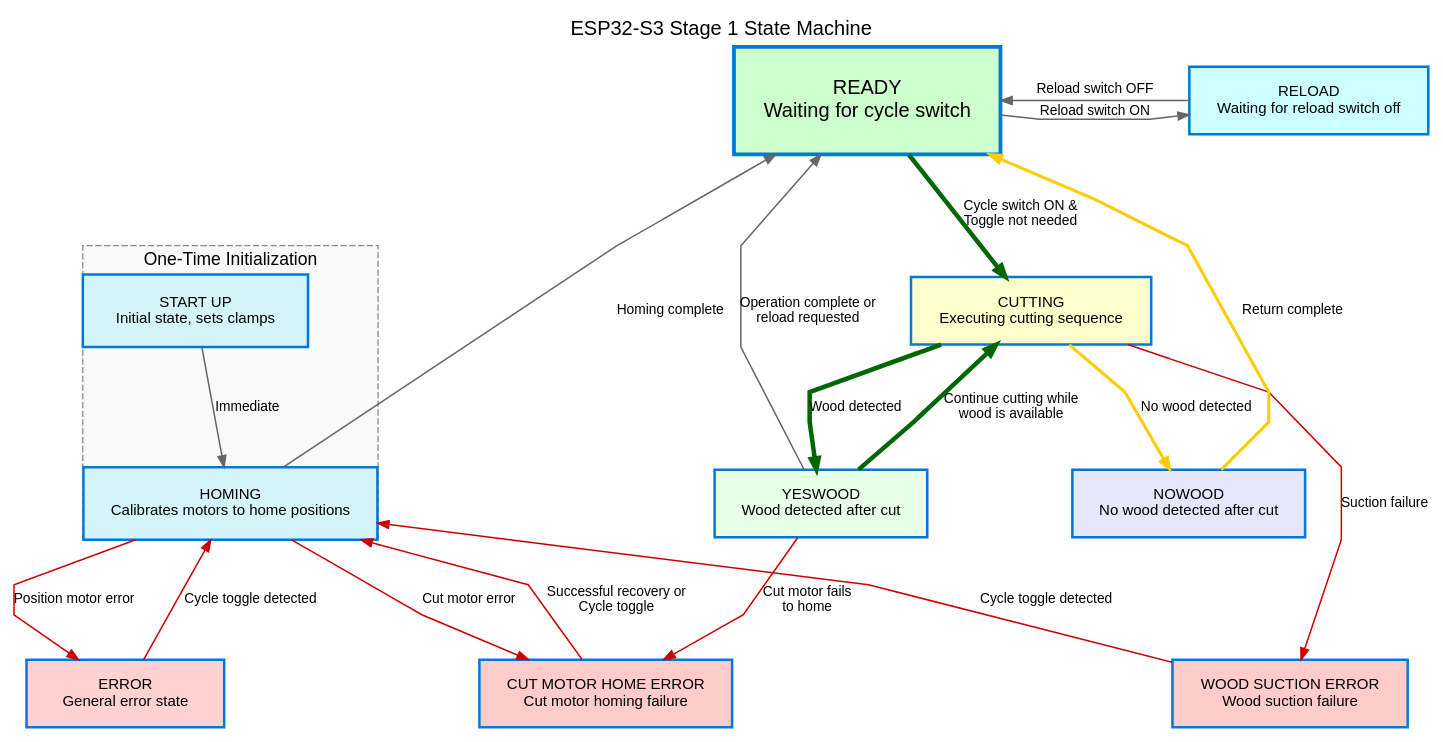
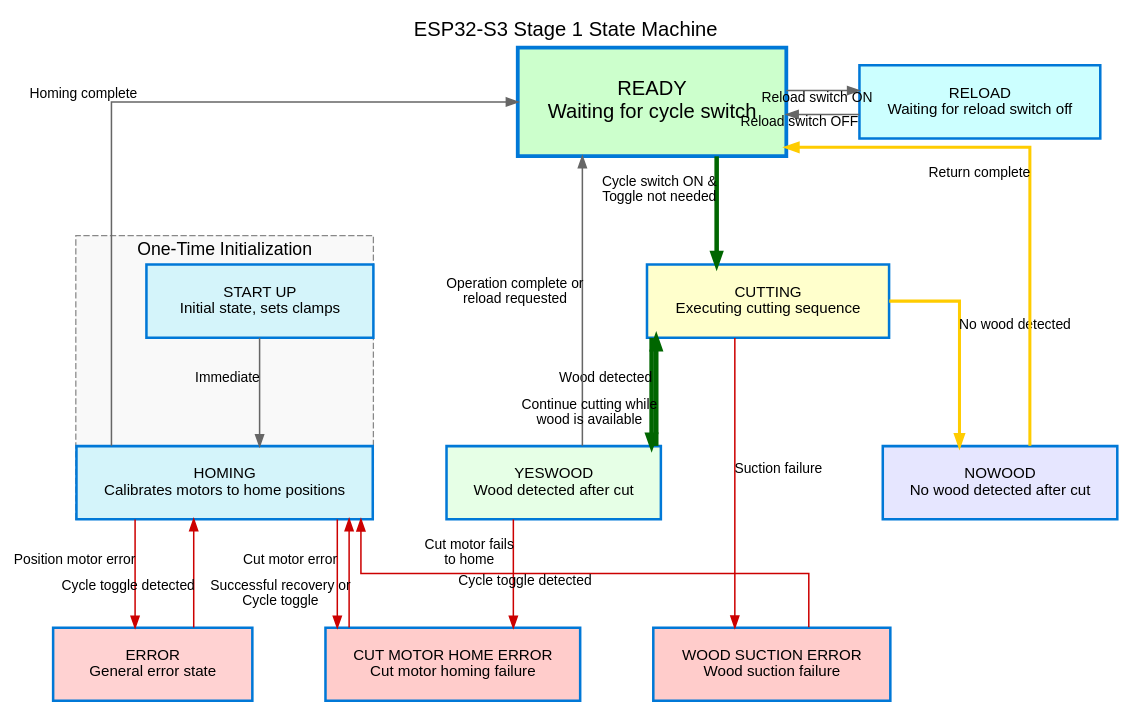
The diagram in flowcharts/state_machine.dot (akivaweil/Stage-1-Mar25), drawn with Graphviz before and after one commit. The commit also changed 1 other file, not shown here.

Commit message:
Update flowchart: implement true orthogonal 90-degree routing with cleaner edge labels

```diff
--- a/flowcharts/state_machine.dot
+++ b/flowcharts/state_machine.dot
@@ -1,90 +1,92 @@
 digraph StateMachine {
     // Basic graph settings for layout
     graph [
         rankdir = TB,         // Top to bottom layout
         fontname = "Arial",
         fontsize = 16,
         nodesep = 0.8,
-        ranksep = 1.0,
-        splines = "polyline", // Forces straight line segments with sharp turns
-        margin = 0.5          // Add some margin to prevent cutoff
+        ranksep = 1.2,
+        splines = ortho,      // Force orthogonal lines with clean 90-degree turns
+        margin = 0.5,         // Add some margin to prevent cutoff
+        compound = true       // Allow edges between clusters
     ];
     
     // Node styling
     node [
         shape = box,
         style = "filled",
         fontname = "Arial",
         fontsize = 12,
         fillcolor = "#E0F4FF",
         color = "#0078D7",
         penwidth = 2.0,
-        margin = "0.3,0.2"    // Add internal margin to prevent text cutoff
+        margin = "0.3,0.2",   // Add internal margin to prevent text cutoff
+        height = 0.8          // Fixed height for consistency
     ];
     
     // Edge styling 
     edge [
         fontname = "Arial",
         fontsize = 11,
         color = "#666666",
         penwidth = 1.2,
         arrowsize = 0.9
     ];
     
     // Title
     labelloc = "t";
     label = "ESP32-S3 Stage 1 State Machine";
     
     // State nodes with descriptive labels
-    START_UP [label="START UP\nInitial state, sets clamps", fillcolor="#D4F4FA", height=0.8, width=2.5];
-    HOMING [label="HOMING\nCalibrates motors to home positions", fillcolor="#D4F4FA", height=0.8, width=2.5];
+    START_UP [label="START UP\nInitial state, sets clamps", fillcolor="#D4F4FA", width=2.5];
+    HOMING [label="HOMING\nCalibrates motors to home positions", fillcolor="#D4F4FA", width=2.5];
     READY [label="READY\nWaiting for cycle switch", fillcolor="#CCFFCC", fontsize=16, width=2.0, height=1.2, penwidth=3.0];
     RELOAD [label="RELOAD\nWaiting for reload switch off", fillcolor="#CCFFFF", width=2.2];
     CUTTING [label="CUTTING\nExecuting cutting sequence", fillcolor="#FFFFCC", width=2.2];
     YESWOOD [label="YESWOOD\nWood detected after cut", fillcolor="#E6FFE6", width=2.2];
     NOWOOD [label="NOWOOD\nNo wood detected after cut", fillcolor="#E6E6FF", width=2.2];
     ERROR [label="ERROR\nGeneral error state", fillcolor="#FFD2D2", width=2.2];
     WOOD_SUCTION_ERROR [label="WOOD SUCTION ERROR\nWood suction failure", fillcolor="#FFCCCB", width=2.5];
     CUT_MOTOR_HOME_ERROR [label="CUT MOTOR HOME ERROR\nCut motor homing failure", fillcolor="#FFCCCB", width=2.5];
     
     // Define initialization section
     subgraph cluster_init {
         label = "One-Time Initialization";
         style = "dashed";
         color = "#888888";
         fontsize = 14;
         bgcolor = "#F9F9F9";
         START_UP; HOMING;
     }
     
     // Transition edges
-    START_UP -> HOMING [label="Immediate"];
+    START_UP -> HOMING [xlabel="Immediate"];
     
-    HOMING -> READY [label="Homing complete"];
-    HOMING -> ERROR [label="Position motor error", color="#CC0000"];
-    HOMING -> CUT_MOTOR_HOME_ERROR [label="Cut motor error", color="#CC0000"];
+    HOMING -> READY [xlabel="Homing complete"];
+    HOMING -> ERROR [xlabel="Position motor error", color="#CC0000"];
+    HOMING -> CUT_MOTOR_HOME_ERROR [xlabel="Cut motor error", color="#CC0000"];
     
-    READY -> RELOAD [label="Reload switch ON"];
-    READY -> CUTTING [label="Cycle switch ON &\nToggle not needed", color="#006600", penwidth=3.6];
+    READY -> RELOAD [xlabel="Reload switch ON"];
+    READY -> CUTTING [xlabel="Cycle switch ON &\nToggle not needed", color="#006600", penwidth=3.6];
     
-    RELOAD -> READY [label="Reload switch OFF"];
+    RELOAD -> READY [xlabel="Reload switch OFF"];
     
-    CUTTING -> YESWOOD [label="Wood detected", color="#006600", penwidth=3.6];
-    CUTTING -> NOWOOD [label="No wood detected", color="#FFCC00", penwidth=2.4];
-    CUTTING -> WOOD_SUCTION_ERROR [label="Suction failure", color="#CC0000"];
+    CUTTING -> YESWOOD [xlabel="Wood detected", color="#006600", penwidth=3.6];
+    CUTTING -> NOWOOD [xlabel="No wood detected", color="#FFCC00", penwidth=2.4];
+    CUTTING -> WOOD_SUCTION_ERROR [xlabel="Suction failure", color="#CC0000"];
     
-    YESWOOD -> READY [label="Operation complete or\nreload requested"];
-    YESWOOD -> CUTTING [label="Continue cutting while\nwood is available", color="#006600", penwidth=3.6];
-    YESWOOD -> CUT_MOTOR_HOME_ERROR [label="Cut motor fails\nto home", color="#CC0000"];
+    YESWOOD -> READY [xlabel="Operation complete or\nreload requested"];
+    YESWOOD -> CUTTING [xlabel="Continue cutting while\nwood is available", color="#006600", penwidth=3.6];
+    YESWOOD -> CUT_MOTOR_HOME_ERROR [xlabel="Cut motor fails\nto home", color="#CC0000"];
     
-    NOWOOD -> READY [label="Return complete", color="#FFCC00", penwidth=2.4];
+    NOWOOD -> READY [xlabel="Return complete", color="#FFCC00", penwidth=2.4];
     
-    ERROR -> HOMING [label="Cycle toggle detected", color="#CC0000"];
-    WOOD_SUCTION_ERROR -> HOMING [label="Cycle toggle detected", color="#CC0000"];
-    CUT_MOTOR_HOME_ERROR -> HOMING [label="Successful recovery or\nCycle toggle", color="#CC0000"];
+    ERROR -> HOMING [xlabel="Cycle toggle detected", color="#CC0000"];
+    WOOD_SUCTION_ERROR -> HOMING [xlabel="Cycle toggle detected", color="#CC0000"];
+    CUT_MOTOR_HOME_ERROR -> HOMING [xlabel="Successful recovery or\nCycle toggle", color="#CC0000"];
     
     // Layout constraints
     { rank=same; READY RELOAD }
     { rank=same; YESWOOD NOWOOD }
     { rank=same; ERROR WOOD_SUCTION_ERROR CUT_MOTOR_HOME_ERROR }
 } 
```
